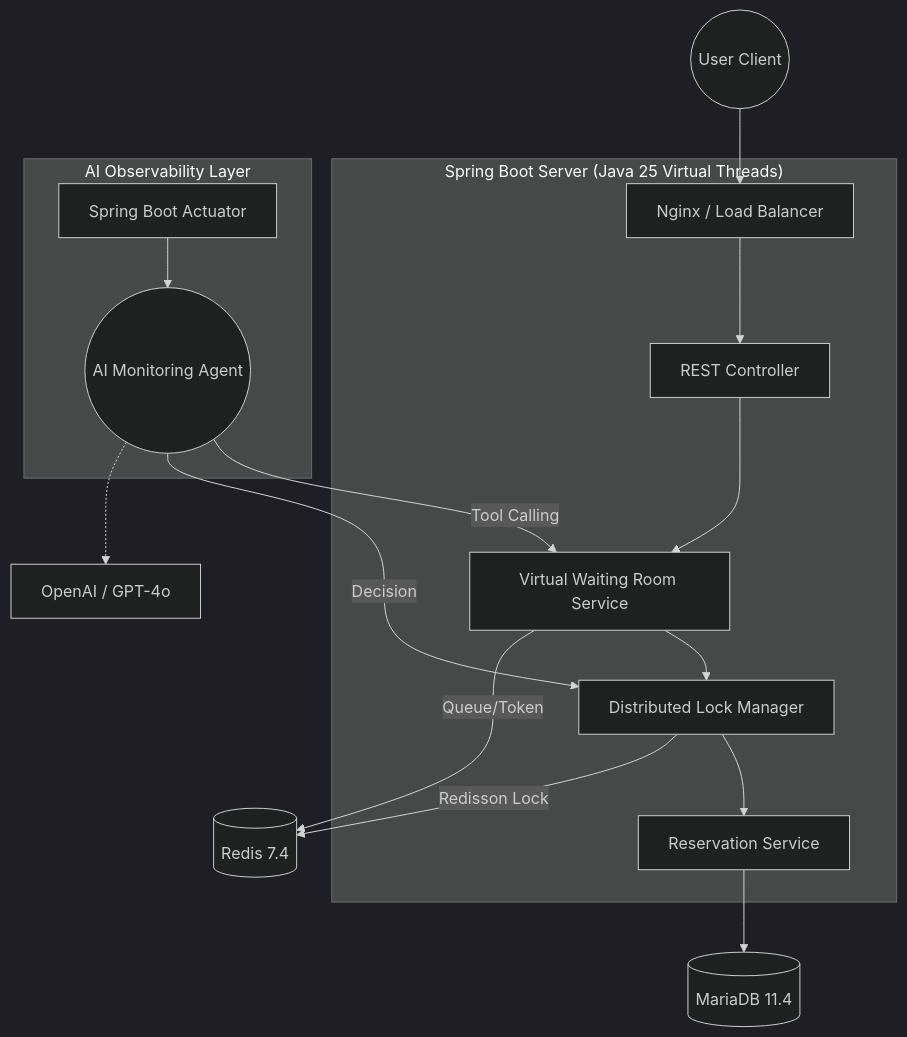
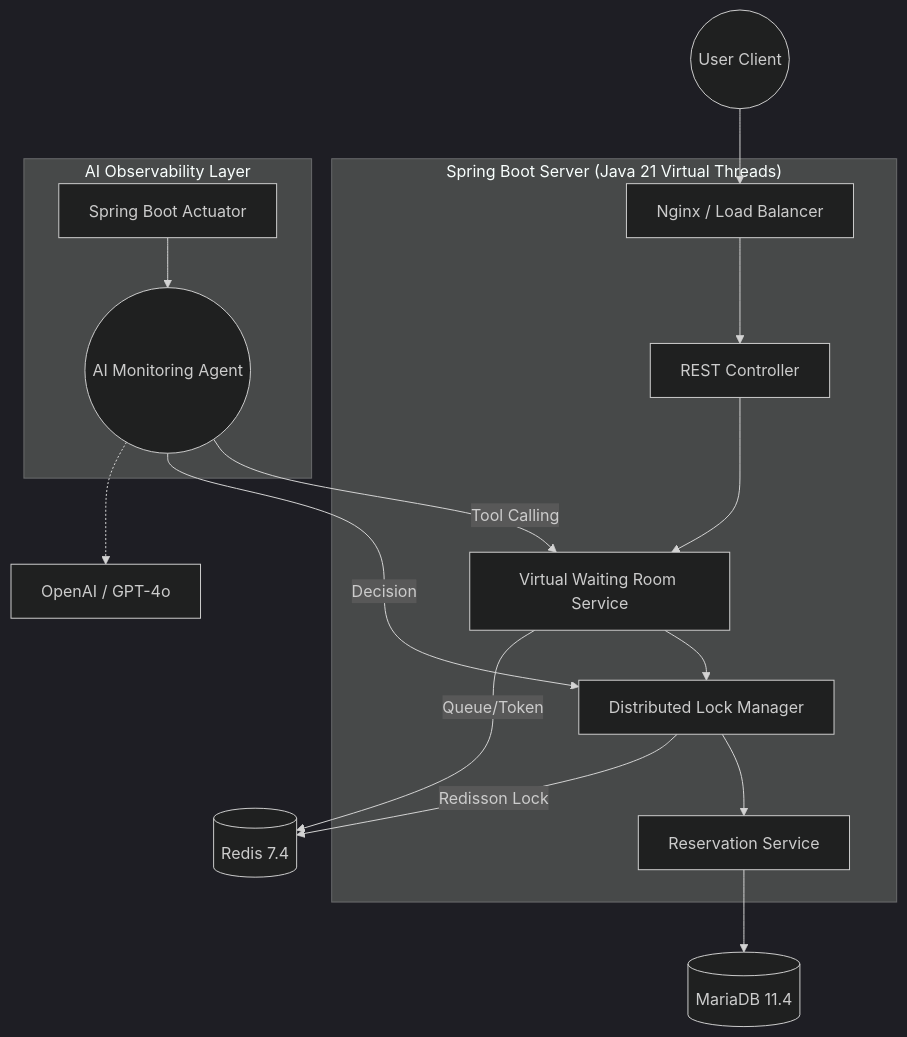
One commit to SpeUjin/T-CORE-v2 changed the first of 2 diagrams in README.md. Above: the diagram before and after it, drawn with Mermaid (dark theme). The commit also changed other lines of this file and 4 other files, not shown here.

````diff
--- a/README.md
+++ b/README.md
@@ -45,29 +45,29 @@
 ```mermaid
 graph TD
     %% 사용자 및 로드밸런서
     User((User Client)) --> LB[Nginx / Load Balancer]
     
     %% 서버 및 로직
-    subgraph "Spring Boot Server (Java 25 Virtual Threads)"
+    subgraph "Spring Boot Server (Java 21 Virtual Threads)"
         LB --> API[REST Controller]
         API --> VWR[Virtual Waiting Room Service]
         VWR --> DL[Distributed Lock Manager]
         DL --> RS[Reservation Service]
     end
 
     %% AI 레이어
     subgraph "AI Observability Layer"
         Agent((AI Monitoring Agent))
         Actuator[Spring Boot Actuator] --> Agent
         Agent -- "Tool Calling" --> VWR
         Agent -- "Decision" --> DL
     end
 
     %% 데이터 저장소
     RS --> MariaDB[(MariaDB 11.4)]
     VWR -- "Queue/Token" --> Redis
     DL -- "Redisson Lock" --> Redis[(Redis 7.4)]
     
     %% AI 외부 연결
     Agent -.-> LLM[OpenAI / GPT-4o]
 ```
````
